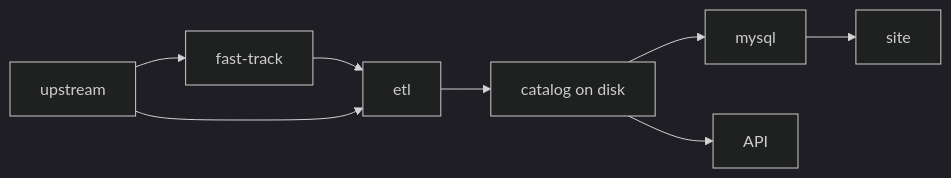
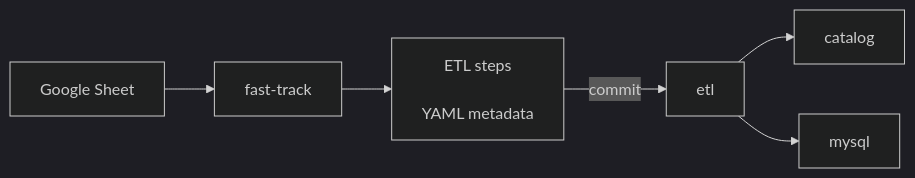
One commit to owid/etl changed the diagram in docs/tutorials/adding-data/fast-track.md. Above: the diagram before and after it, drawn with Mermaid (dark theme). The commit also changed other lines of this file and 2 other files, not shown here.

Commit message:
enhance(docs): update fast-track docs

````diff
--- a/docs/tutorials/adding-data/fast-track.md
+++ b/docs/tutorials/adding-data/fast-track.md
@@ -12,7 +8,7 @@
 ```mermaid
 graph LR
 
-upstream --> fast[fast-track] --> etl
-upstream --> etl --> catalog[catalog on disk] --> mysql --> site
-catalog --> API
+spreadsheet[Google Sheet] --> fast[fast-track] --> data[ETL steps<br><br>YAML metadata] -->|commit| etl
+etl --> catalog
+etl --> mysql
 ```
````
